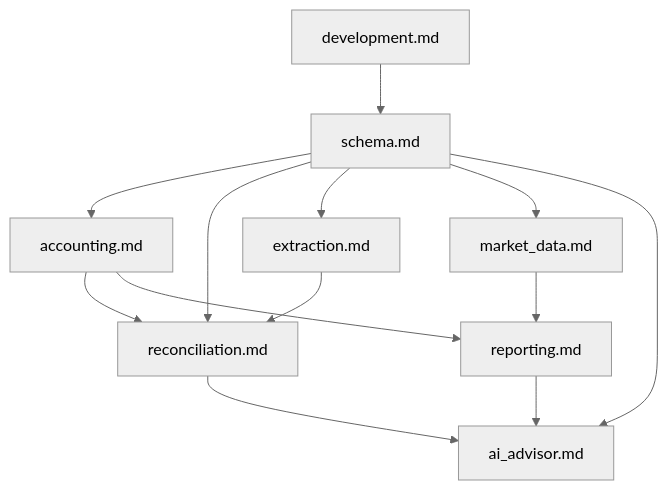
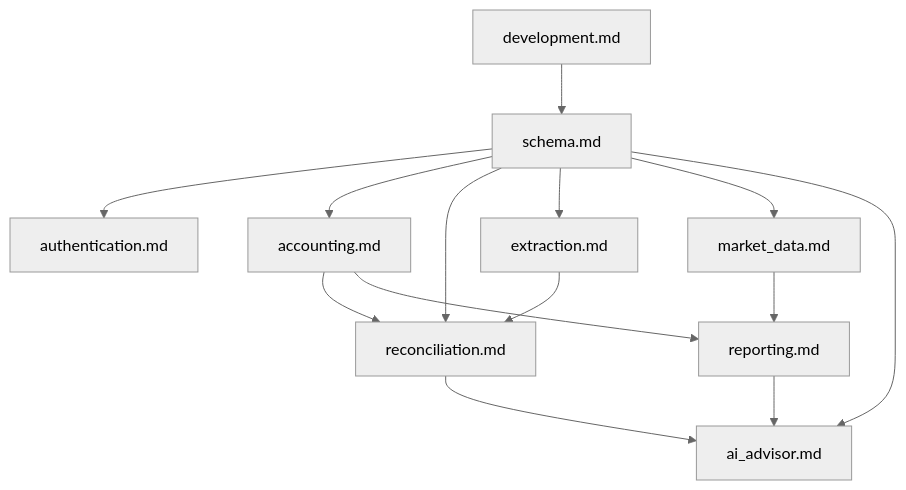
The diagram in docs/ssot/README.md (wangzitian0/finance_report), drawn with Mermaid (neutral theme) before and after one commit. The commit also changed other lines of this file and 15 other files, not shown here.

````diff
--- a/docs/ssot/README.md
+++ b/docs/ssot/README.md
@@ -23,16 +24,17 @@
 ```mermaid
 flowchart TD
     development[development.md] --> schema[schema.md]
+    schema --> authentication[authentication.md]
     schema --> accounting[accounting.md]
     schema --> reconciliation[reconciliation.md]
     schema --> extraction[extraction.md]
     schema --> market_data[market_data.md]
     schema --> ai_advisor[ai_advisor.md]
     
     extraction --> reconciliation
     accounting --> reconciliation
     accounting --> reporting[reporting.md]
     market_data --> reporting
     reporting --> ai_advisor
     reconciliation --> ai_advisor
 ```
````
